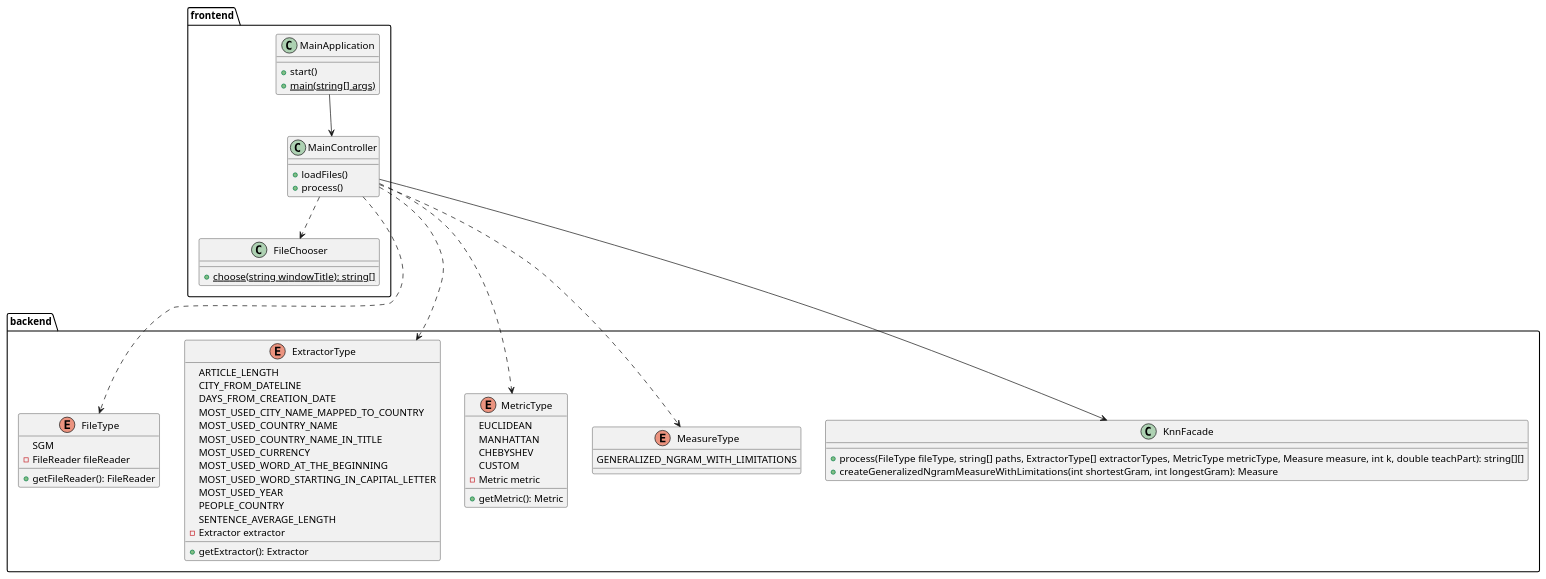
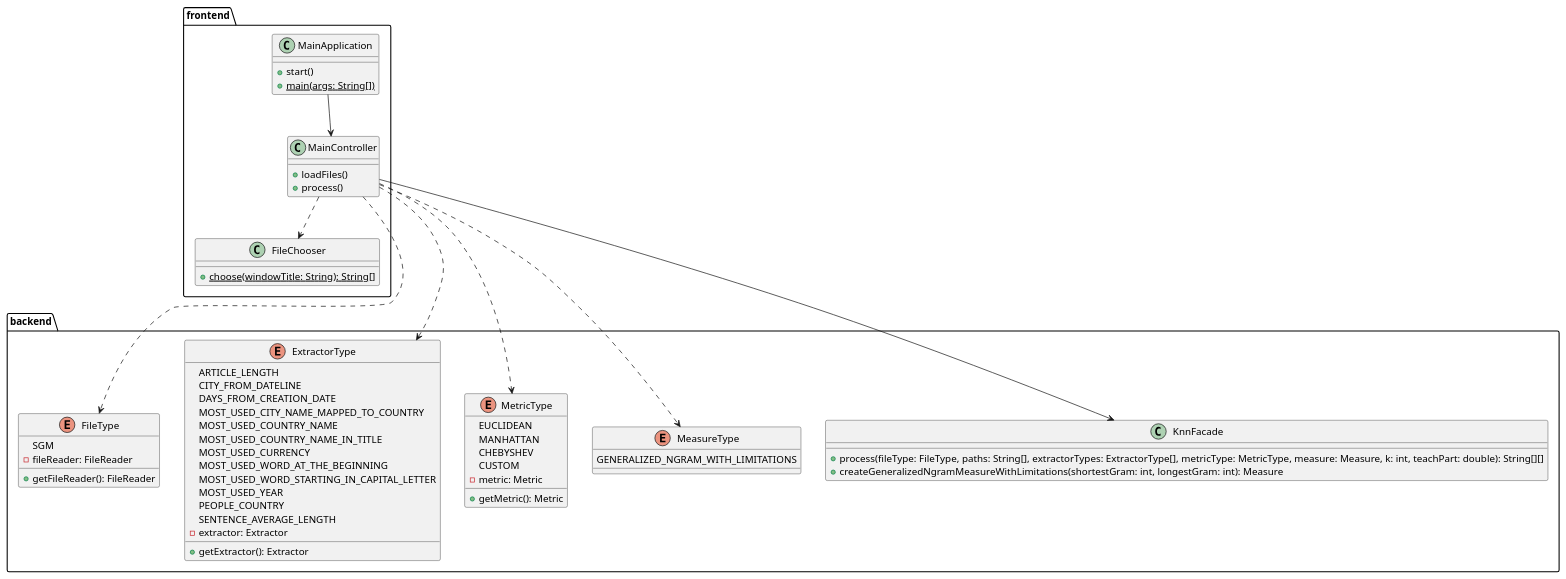
One commit to kambed/Computer-Recognition-Systems changed the second of 10 diagrams in README.md. Above: the diagram before and after it, drawn with PlantUML. The commit also changed other lines of this file, not shown here.

Commit message:
UML fixes

````diff
--- a/README.md
+++ b/README.md
@@ -29,60 +29,60 @@
 ```plantuml
 package frontend {
     class MainApplication {
         + start()
-        + {static} main(string[] args)
+        + {static} main(args: String[])
     }
     class MainController {
         + loadFiles()
         + process()
     }
     class FileChooser {
-        + {static} choose(string windowTitle): string[]
+        + {static} choose(windowTitle: String): String[]
     }
     MainController ..> FileChooser
     MainApplication --> MainController
 }
 package backend {
     enum FileType {
         SGM
-        - FileReader fileReader
+        - fileReader: FileReader
         + getFileReader(): FileReader
     }
     enum ExtractorType {
         ARTICLE_LENGTH
         CITY_FROM_DATELINE
         DAYS_FROM_CREATION_DATE
         MOST_USED_CITY_NAME_MAPPED_TO_COUNTRY
         MOST_USED_COUNTRY_NAME
         MOST_USED_COUNTRY_NAME_IN_TITLE
         MOST_USED_CURRENCY
         MOST_USED_WORD_AT_THE_BEGINNING
         MOST_USED_WORD_STARTING_IN_CAPITAL_LETTER
         MOST_USED_YEAR
         PEOPLE_COUNTRY
         SENTENCE_AVERAGE_LENGTH
-        - Extractor extractor
+        - extractor: Extractor
         + getExtractor(): Extractor
     }
     enum MetricType {
         EUCLIDEAN
         MANHATTAN
         CHEBYSHEV
         CUSTOM
-        - Metric metric
+        - metric: Metric
         + getMetric(): Metric
     }
     enum MeasureType {
         GENERALIZED_NGRAM_WITH_LIMITATIONS
     }
     class KnnFacade {
-        + process(FileType fileType, string[] paths, ExtractorType[] extractorTypes, MetricType metricType, Measure measure, int k, double teachPart): string[][]
-        + createGeneralizedNgramMeasureWithLimitations(int shortestGram, int longestGram): Measure
+        + process(fileType: FileType, paths: String[], extractorTypes: ExtractorType[], metricType: MetricType, measure: Measure, k: int, teachPart: double): String[][]
+        + createGeneralizedNgramMeasureWithLimitations(shortestGram: int, longestGram: int): Measure
     }
 }
 MainController ---> KnnFacade
 MainController ..> FileType
 MainController ..> MetricType
 MainController ..> MeasureType
 MainController ..> ExtractorType
 ```
````
